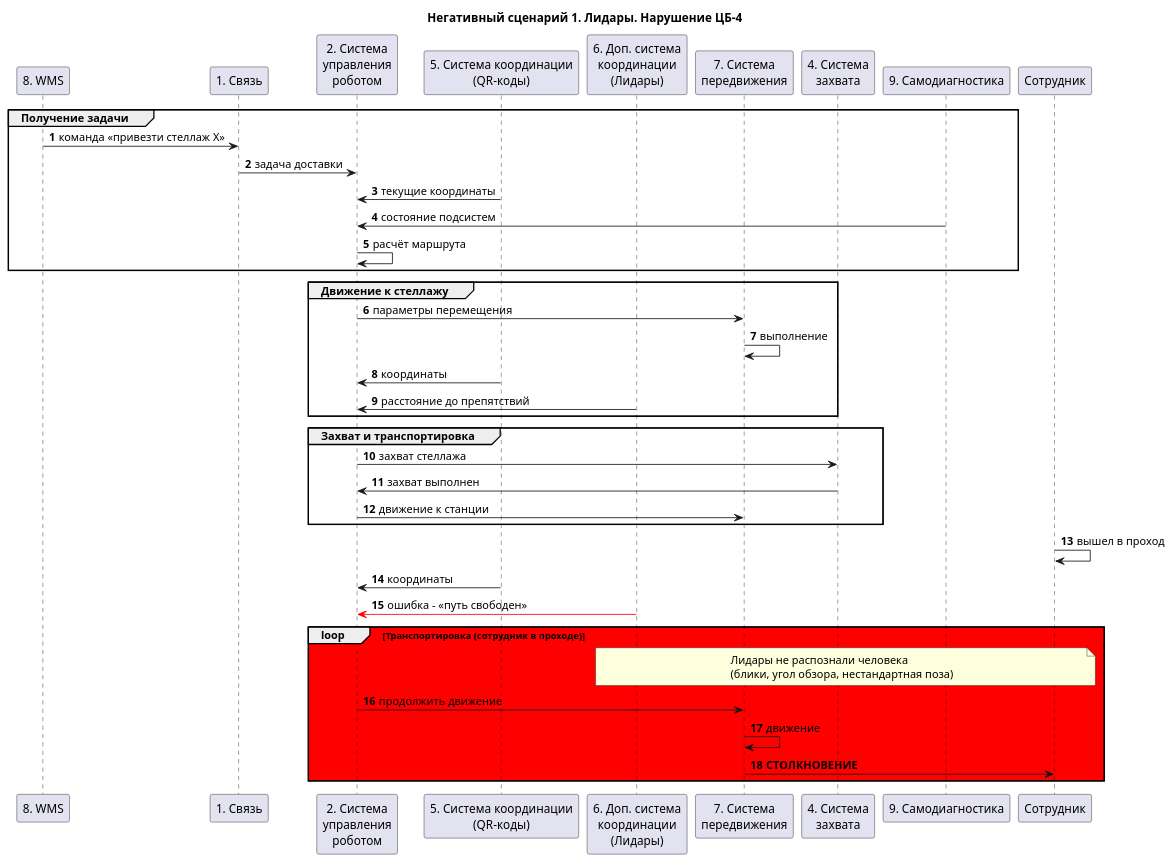
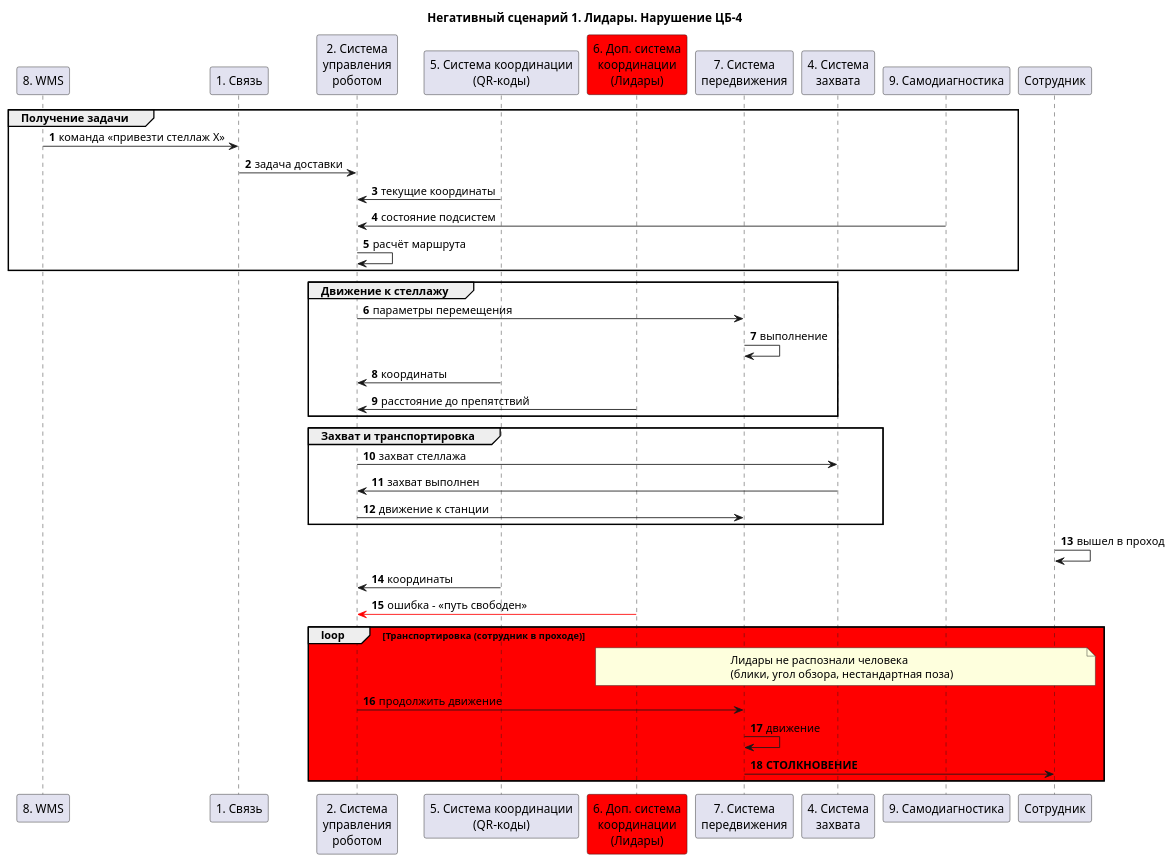
The diagram in CourseWork/Description/ns/ns-01.puml (BoykovArtur/ProgrammingMethods), drawn with PlantUML before and after one commit.

```diff
--- a/CourseWork/Description/ns/ns-01.puml
+++ b/CourseWork/Description/ns/ns-01.puml
@@ -1,49 +1,49 @@
 @startuml
 title "Негативный сценарий 1. Лидары. Нарушение ЦБ-4"
 
 autonumber
 participant "8. WMS" as wms
 participant "1. Связь" as conn
 participant "2. Система\nуправления\nроботом" as ctrl
 participant "5. Система координации\n(QR-коды)" as qr
-participant "6. Доп. система\nкоординации\n(Лидары)" as lidar
+participant "6. Доп. система\nкоординации\n(Лидары)" as lidar #red
 participant "7. Система\nпередвижения" as move
 participant "4. Система\nзахвата" as grip
 participant "9. Самодиагностика" as diag
 participant "Сотрудник" as human
 
 group Получение задачи
 wms -> conn: команда «привезти стеллаж X»
 conn -> ctrl: задача доставки
 ctrl <- qr: текущие координаты
 ctrl <- diag: состояние подсистем
 ctrl -> ctrl: расчёт маршрута
 end
 
 group Движение к стеллажу
 ctrl -> move: параметры перемещения
 move -> move: выполнение
 ctrl <- qr: координаты
 ctrl <- lidar: расстояние до препятствий
 end
 
 group Захват и транспортировка
 ctrl -> grip: захват стеллажа
 grip -> ctrl: захват выполнен
 ctrl -> move: движение к станции
 end
 
 human -> human: вышел в проход
 ctrl <- qr: координаты
 ctrl <[#red]- lidar: ошибка - «путь свободен» 
 
 loop #red Транспортировка (сотрудник в проходе)
 note over lidar, human
   Лидары не распознали человека
   (блики, угол обзора, нестандартная поза)
 end note
 ctrl -> move: продолжить движение
 move -> move: движение
 move -> human: **СТОЛКНОВЕНИЕ**
 end
 @enduml
```
